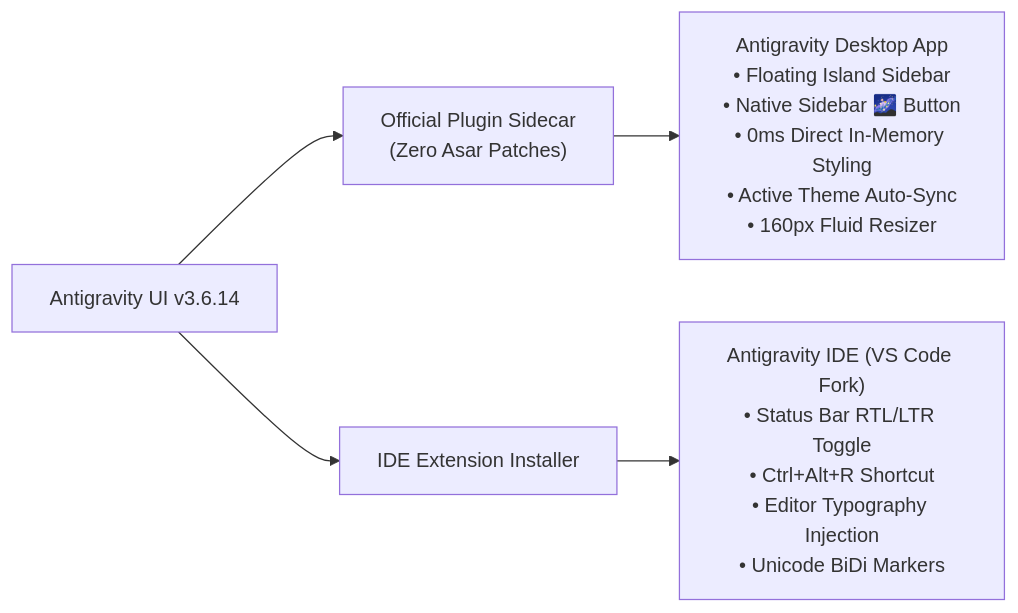
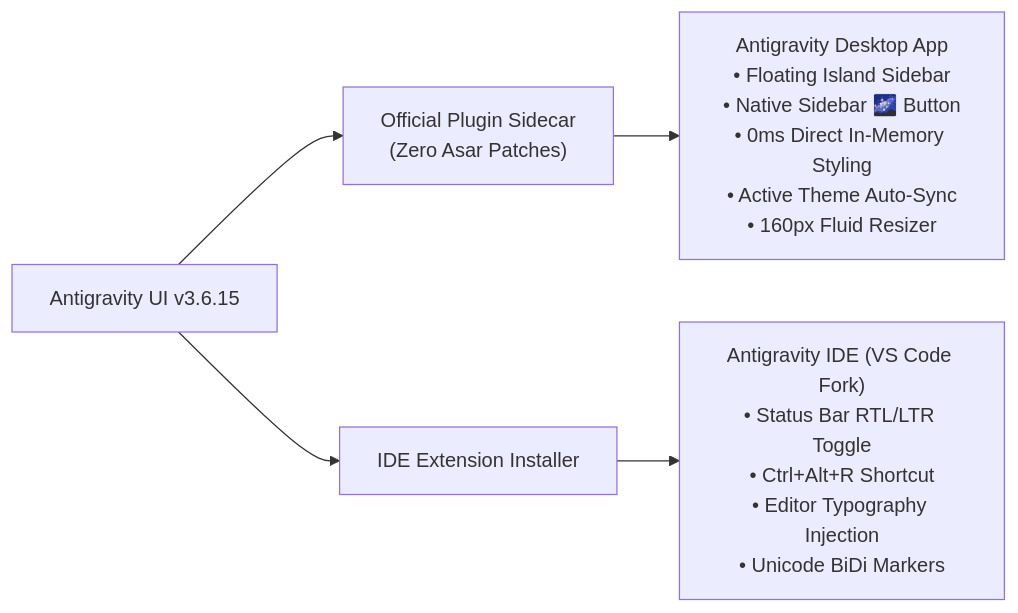
Before and after one commit to omid-io/antigravity-ui: the diagram in README.md, drawn with Mermaid. The commit also changed other lines of this file and 1 other file, not shown here.

````diff
--- a/README.md
+++ b/README.md
@@ -126,7 +126,7 @@
 ```mermaid
 flowchart LR
-    A["Antigravity UI v3.6.14"] --> B["Official Plugin Sidecar<br/>(Zero Asar Patches)"]
+    A["Antigravity UI v3.6.15"] --> B["Official Plugin Sidecar<br/>(Zero Asar Patches)"]
     A --> C["IDE Extension Installer"]
     B --> D["Antigravity Desktop App<br/>• Floating Island Sidebar<br/>• Native Sidebar 🌌 Button<br/>• 0ms Direct In-Memory Styling<br/>• Active Theme Auto-Sync<br/>• 160px Fluid Resizer"]
     C --> E["Antigravity IDE (VS Code Fork)<br/>• Status Bar RTL/LTR Toggle<br/>• Ctrl+Alt+R Shortcut<br/>• Editor Typography Injection<br/>• Unicode BiDi Markers"]
 ```
````
